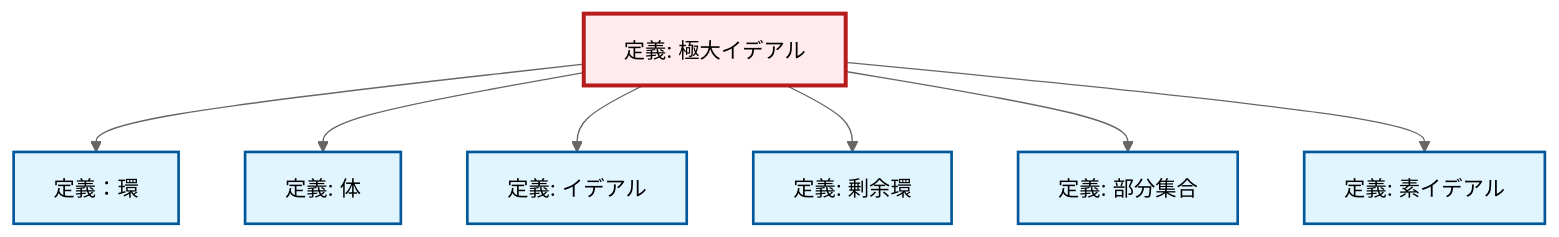
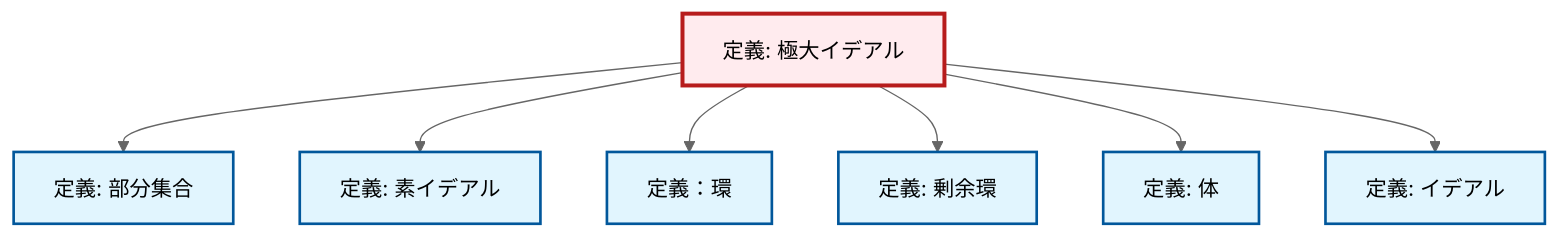
Before and after one commit to RK0429/ModernMath: the diagram in content/ja/algebra/def-maximal-ideal.qmd, drawn with Mermaid (neutral theme). The commit also changed other lines of this file and 1012 other files, not shown here.

````diff
--- a/content/ja/algebra/def-maximal-ideal.qmd
+++ b/content/ja/algebra/def-maximal-ideal.qmd
@@ -95,29 +95,29 @@
 ```{mermaid}
 %%| fig-cap: "Local dependency graph"
 graph TD
     classDef definition fill:#e1f5fe,stroke:#01579b,stroke-width:2px
     classDef theorem fill:#f3e5f5,stroke:#4a148c,stroke-width:2px
     classDef axiom fill:#fff3e0,stroke:#e65100,stroke-width:2px
     classDef example fill:#e8f5e9,stroke:#1b5e20,stroke-width:2px
     classDef current fill:#ffebee,stroke:#b71c1c,stroke-width:3px
+    def-field["定義: 体"]:::definition
+    def-ring["定義：環"]:::definition
+    def-maximal-ideal["定義: 極大イデアル"]:::definition
+    def-subset["定義: 部分集合"]:::definition
     def-prime-ideal["定義: 素イデアル"]:::definition
+    def-quotient-ring["定義: 剰余環"]:::definition
     def-ideal["定義: イデアル"]:::definition
-    def-maximal-ideal["定義: 極大イデアル"]:::definition
-    def-field["定義: 体"]:::definition
-    def-quotient-ring["定義: 剰余環"]:::definition
-    def-ring["定義：環"]:::definition
-    def-subset["定義: 部分集合"]:::definition
+    def-maximal-ideal --> def-subset
+    def-maximal-ideal --> def-prime-ideal
     def-maximal-ideal --> def-ring
+    def-maximal-ideal --> def-quotient-ring
     def-maximal-ideal --> def-field
     def-maximal-ideal --> def-ideal
-    def-maximal-ideal --> def-quotient-ring
-    def-maximal-ideal --> def-subset
-    def-maximal-ideal --> def-prime-ideal
     class def-maximal-ideal current
-    click def-prime-ideal "def-prime-ideal.html" "素イデアルの定義へ"
-    click def-ideal "def-ideal.html" "イデアルの定義へ"
     click def-field "def-field.html" "体の定義へ"
-    click def-quotient-ring "def-quotient-ring.html" "剰余環の定義へ"
     click def-ring "def-ring.html" "定義：環へ"
     click def-subset "def-subset.html" "部分集合の定義へ"
+    click def-prime-ideal "def-prime-ideal.html" "素イデアルの定義へ"
+    click def-quotient-ring "def-quotient-ring.html" "剰余環の定義へ"
+    click def-ideal "def-ideal.html" "イデアルの定義へ"
 ```
````
